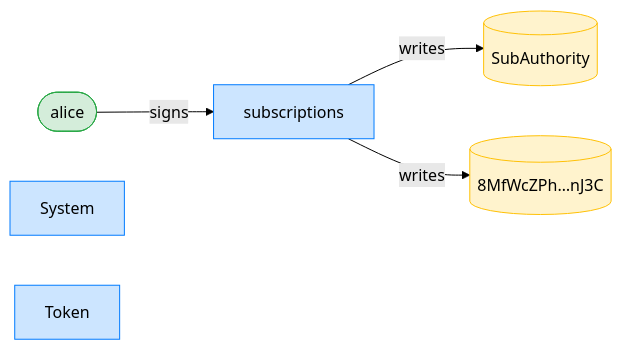
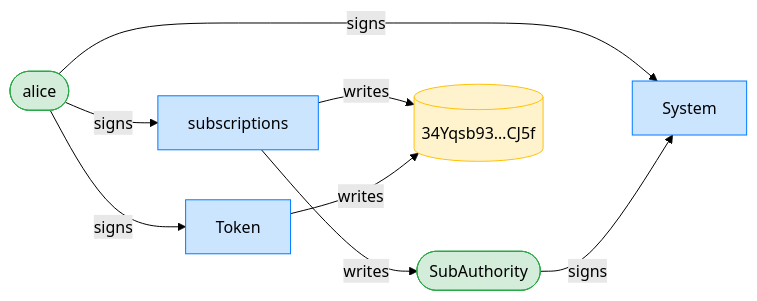
The third of 16 diagrams in dsl_tests/a-sponsor-can-revoke-a-subscription-once-the-plan-ended.md (cds-rs/subscriptions), drawn with Mermaid (forest theme) before and after one commit. The commit also changed other lines of this file and 224 other files, not shown here.

````diff
--- a/dsl_tests/a-sponsor-can-revoke-a-subscription-once-the-plan-ended.md
+++ b/dsl_tests/a-sponsor-can-revoke-a-subscription-once-the-plan-ended.md
@@ -55,15 +56,19 @@
 ```mermaid
 flowchart LR
     classDef signer fill:#d4edda,stroke:#28a745;
     classDef program fill:#cce5ff,stroke:#007bff;
     classDef writable fill:#fff3cd,stroke:#ffc107;
     subscriptions[subscriptions]:::program
     alice([alice]):::signer
-    SubAuthority[(SubAuthority)]:::writable
-    8MfWcZPh_nJ3C[("8MfWcZPh…nJ3C")]:::writable
+    SubAuthority([SubAuthority]):::signer
+    34Yqsb93_CJ5f[("34Yqsb93…CJ5f")]:::writable
     System[System]:::program
     Token[Token]:::program
     alice -->|signs| subscriptions
+    alice -->|signs| System
+    SubAuthority -->|signs| System
+    alice -->|signs| Token
     subscriptions -->|writes| SubAuthority
-    subscriptions -->|writes| 8MfWcZPh_nJ3C
+    subscriptions -->|writes| 34Yqsb93_CJ5f
+    Token -->|writes| 34Yqsb93_CJ5f
 ```
````
